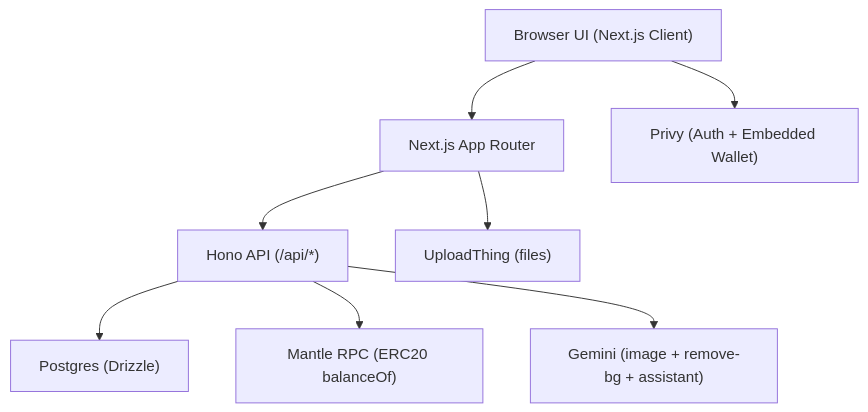
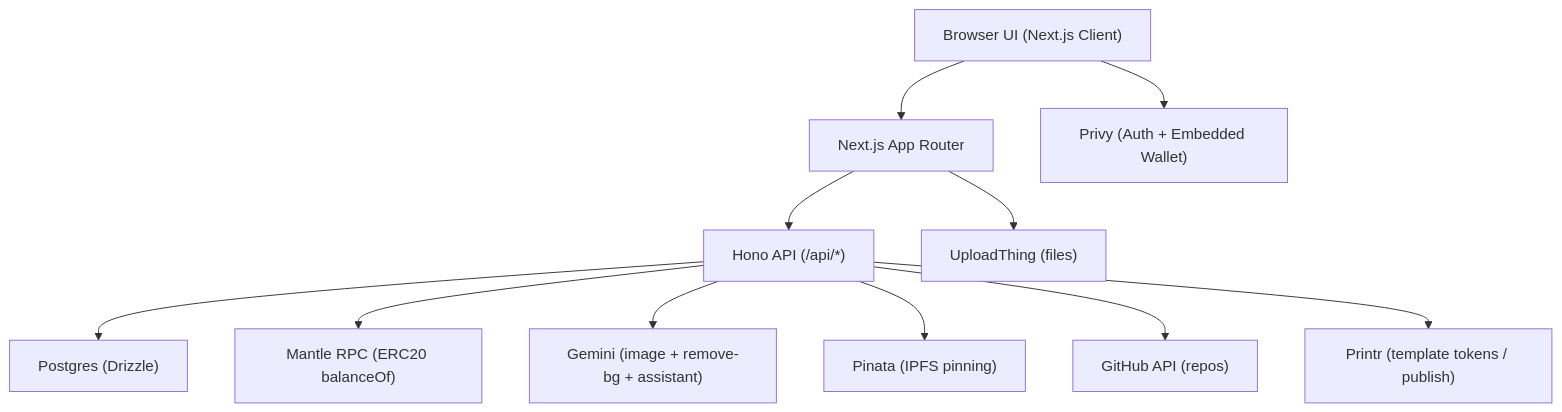
Before and after one commit to kevinsslin/pigcasso-canva: the first of 4 diagrams in docs/foundamental.md, drawn with Mermaid. The commit also changed other lines of this file and 13 other files, not shown here.

````diff
--- a/docs/foundamental.md
+++ b/docs/foundamental.md
@@ -63,10 +68,13 @@
 ```mermaid
 flowchart TD
   UI["Browser UI (Next.js Client)"] --> NX["Next.js App Router"]
   NX --> API["Hono API (/api/*)"]
   API --> DB["Postgres (Drizzle)"]
   UI --> Privy["Privy (Auth + Embedded Wallet)"]
   API --> RPC["Mantle RPC (ERC20 balanceOf)"]
   API --> Gemini["Gemini (image + remove-bg + assistant)"]
   NX --> UT["UploadThing (files)"]
+  API --> Pinata["Pinata (IPFS pinning)"]
+  API --> GitHub["GitHub API (repos)"]
+  API --> Printr["Printr (template tokens / publish)"]
 ```
````
